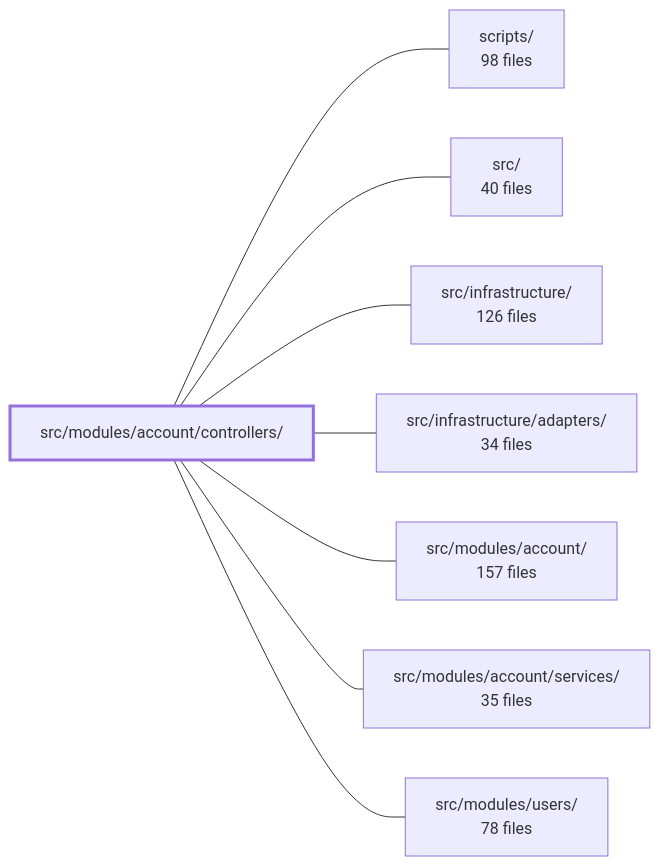
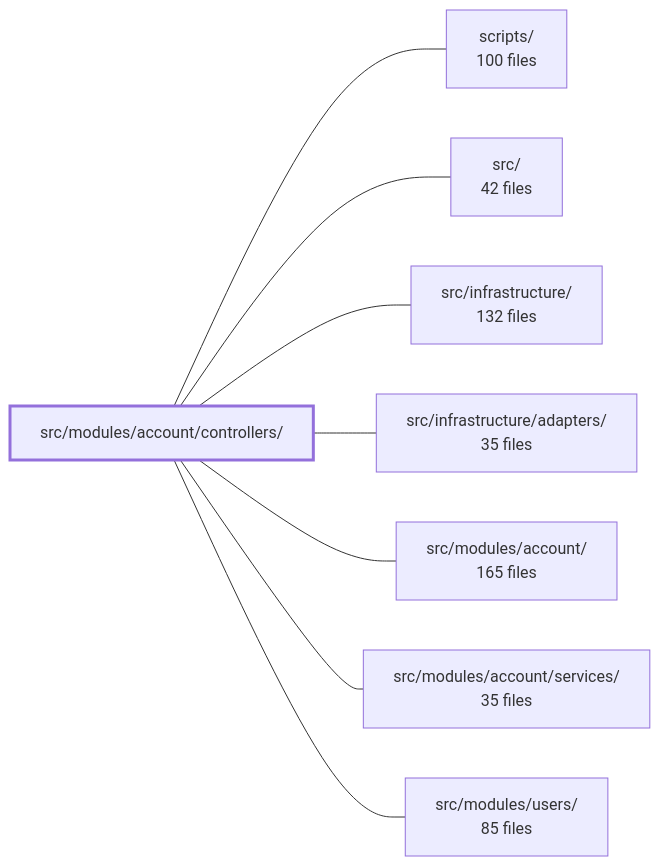
The diagram in .2brain/modules/boilerplate-node-backend_src_modules_account_controllers.md (Guebbit/boilerplate-node-backend), drawn with Mermaid before and after one commit. The commit also changed other lines of this file and 1102 other files, not shown here.

````diff
--- a/.2brain/modules/boilerplate-node-backend_src_modules_account_controllers.md
+++ b/.2brain/modules/boilerplate-node-backend_src_modules_account_controllers.md
@@ -42,19 +41,19 @@
 ```mermaid
 flowchart LR
     m_src_modules_account_controllers["src/modules/account/controllers/"]
-    m_scripts["scripts/<br/>98 files"]
-    m_src["src/<br/>40 files"]
-    m_src_infrastructure["src/infrastructure/<br/>126 files"]
-    m_src_infrastructure_adapters["src/infrastructure/adapters/<br/>34 files"]
-    m_src_modules_account["src/modules/account/<br/>157 files"]
+    m_scripts["scripts/<br/>100 files"]
+    m_src["src/<br/>42 files"]
+    m_src_infrastructure["src/infrastructure/<br/>132 files"]
+    m_src_infrastructure_adapters["src/infrastructure/adapters/<br/>35 files"]
+    m_src_modules_account["src/modules/account/<br/>165 files"]
     m_src_modules_account_services["src/modules/account/services/<br/>35 files"]
-    m_src_modules_users["src/modules/users/<br/>78 files"]
+    m_src_modules_users["src/modules/users/<br/>85 files"]
     m_src_modules_account_controllers --- m_scripts
     m_src_modules_account_controllers --- m_src
     m_src_modules_account_controllers --- m_src_infrastructure
     m_src_modules_account_controllers --- m_src_infrastructure_adapters
     m_src_modules_account_controllers --- m_src_modules_account
     m_src_modules_account_controllers --- m_src_modules_account_services
     m_src_modules_account_controllers --- m_src_modules_users
     style m_src_modules_account_controllers stroke-width:3px
 ```
````
